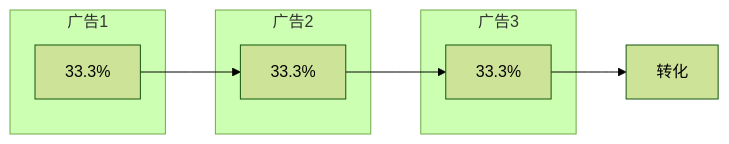
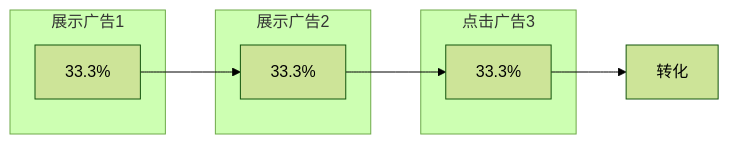
The third of 3 diagrams in content/post/2753.md (zrong/blog), drawn with Mermaid (forest theme) before and after one commit. The commit also changed other lines of this file, not shown here.

```diff
--- a/content/post/2753.md
+++ b/content/post/2753.md
@@ -138,16 +140,16 @@
 {{< mermaid title="线性归因模型" >}}
 graph LR
     p1["33.3%"]
     p2["33.3%"]
     p3["33.3%"]
-    subgraph 广告1
+    subgraph 展示广告1
        p1 
     end
-    subgraph 广告2
+    subgraph 展示广告2
        p2 
     end
-    subgraph 广告3
+    subgraph 点击广告3
        p3 
     end
     p1 --> p2 --> p3 --> 转化
 {{</ mermaid >}}
```
